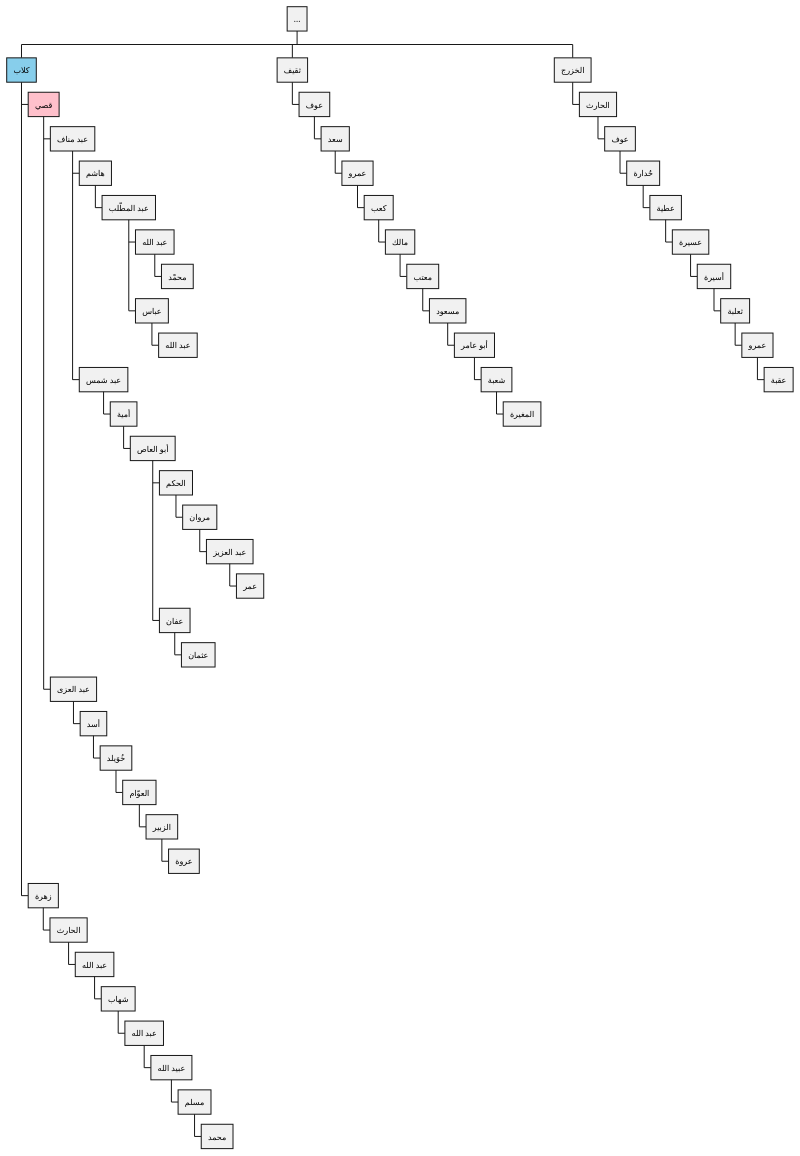
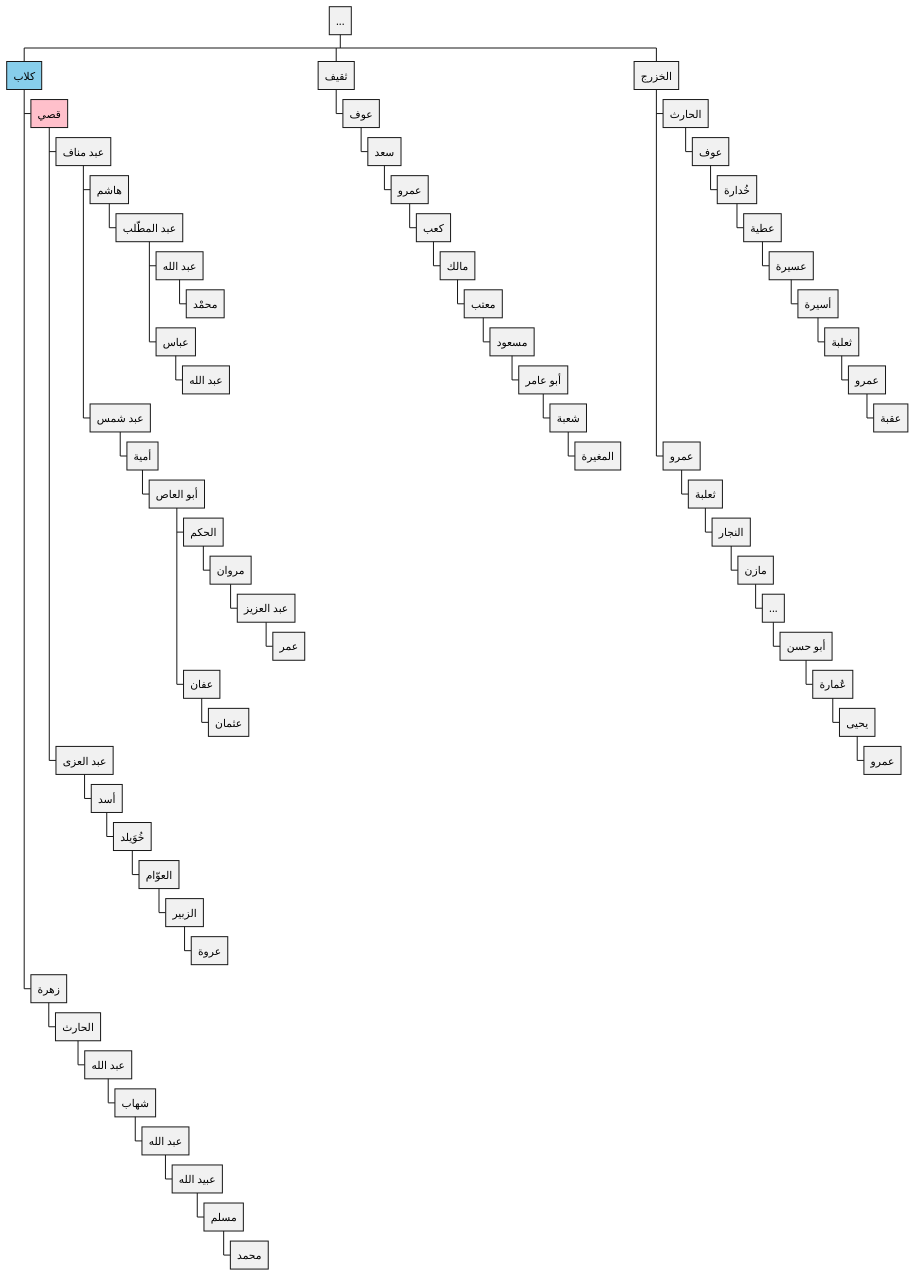
Before and after one commit to aowss/al-muwatta: the diagram in تراجم/أنساب.puml, drawn with PlantUML. The commit also changed 9 other files, not shown here.

Commit message:
ترجمة عمرو بن يحيى

```diff
--- a/تراجم/أنساب.puml
+++ b/تراجم/أنساب.puml
@@ -1,74 +1,86 @@
 @startwbs
 
-skinparam defaultFontName Helvetica
+skinparam DefaultFontName Helvetica
+skinparam DefaultFontSize 16
 skinparam DefaultTextAlignment right
 
 * ...
 
 **[#SkyBlue] كلاب
 
 ***[#pink] قصي
 
 **** عبد مناف
 
 ***** هاشم
 ****** عبد المطّلب
 
 ******* عبد الله
 ******** محمْد
 
 ******* عباس
 ******** عبد الله
 
 ***** عبد شمس
 ****** أمية
 ******* أبو العاص
 
 ******** الحكم
 ********* مروان
 ********** عبد العزيز
 *********** عمر
 
 ******** عفان
 ********* عثمان
 
 **** عبد العزى
 ***** أسد
 ****** خُوَيلد
 ******* العوّام
 ******** الزبير
 ********* عروة
 
 *** زهرة
 **** الحارث
 ***** عبد الله
 ****** شهاب
 ******* عبد الله
 ******** عبيد الله
 ********* مسلم
 ********** محمد
 
 ** ثقيف
 *** عوف
 **** سعد
 ***** عمرو
 ****** كعب
 ******* مالك
 ******** معتب
 ********* مسعود
 ********** أبو عامر
 *********** شعبة
 ************ المغيرة
 
 ** الخزرج
+
 *** الحارث
 **** عوف
 ***** خُدارة
 ****** عطية
 ******* عسيرة
 ******** أسيرة
 ********* ثعلبة
 ********** عمرو
 *********** عقبة
 
+*** عمرو
+**** ثعلبة
+***** النجار
+****** مازن
+******* ...
+******** أبو حسن
+********* عُمارة
+********** يحيى
+*********** عمرو
+
 @endwbs
```
